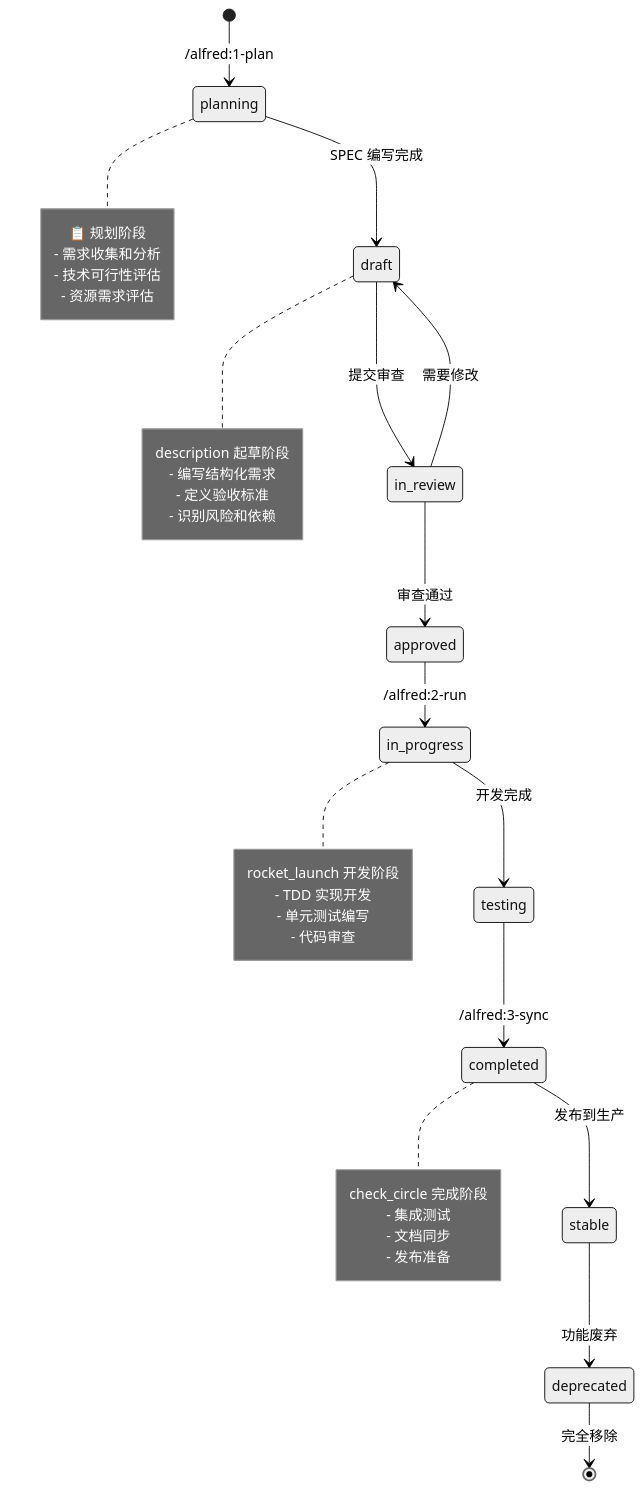
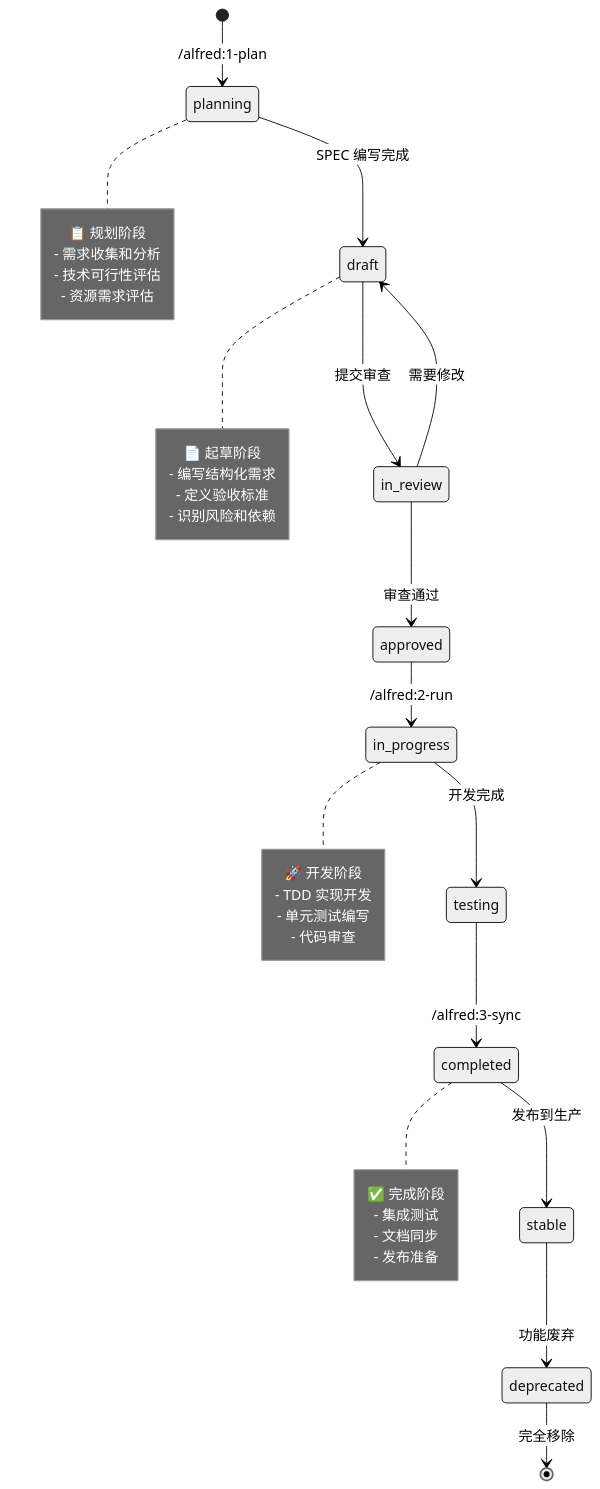
Before and after one commit to modu-ai/moai-adk: the diagram in docs/src/zh/guides/specs/basics.md, drawn with Mermaid. The commit also changed other lines of this file and 207 other files, not shown here.

````diff
--- a/docs/src/zh/guides/specs/basics.md
+++ b/docs/src/zh/guides/specs/basics.md
@@ -485,43 +485,43 @@
 ```mermaid
 %%{init: {'theme':'neutral'}}%%
 stateDiagram-v2
     [*] --> planning: /alfred:1-plan
     planning --> draft: SPEC 编写完成
     draft --> in_review: 提交审查
     in_review --> approved: 审查通过
     in_review --> draft: 需要修改
     approved --> in_progress: /alfred:2-run
     in_progress --> testing: 开发完成
     testing --> completed: /alfred:3-sync
     completed --> stable: 发布到生产
     stable --> deprecated: 功能废弃
     deprecated --> [*]: 完全移除
 
     note right of planning
         📋 规划阶段
         - 需求收集和分析
         - 技术可行性评估
         - 资源需求评估
     end note
 
     note right of draft
-        <span class="material-icons">description</span> 起草阶段
+        📄 起草阶段
         - 编写结构化需求
         - 定义验收标准
         - 识别风险和依赖
     end note
 
     note right of in_progress
-        <span class="material-icons">rocket_launch</span> 开发阶段
+        🚀 开发阶段
         - TDD 实现开发
         - 单元测试编写
         - 代码审查
     end note
 
     note right of completed
-        <span class="material-icons">check_circle</span> 完成阶段
+        ✅ 完成阶段
         - 集成测试
         - 文档同步
         - 发布准备
     end note
 ```
````
